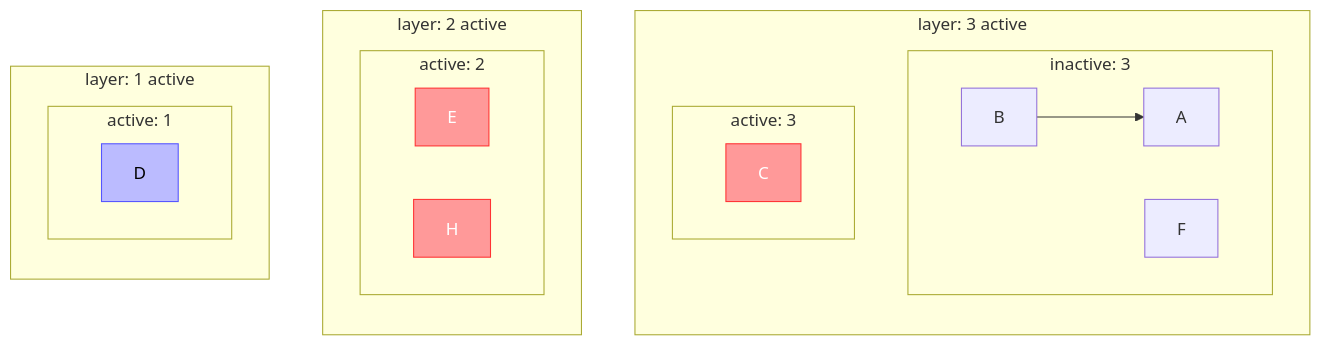
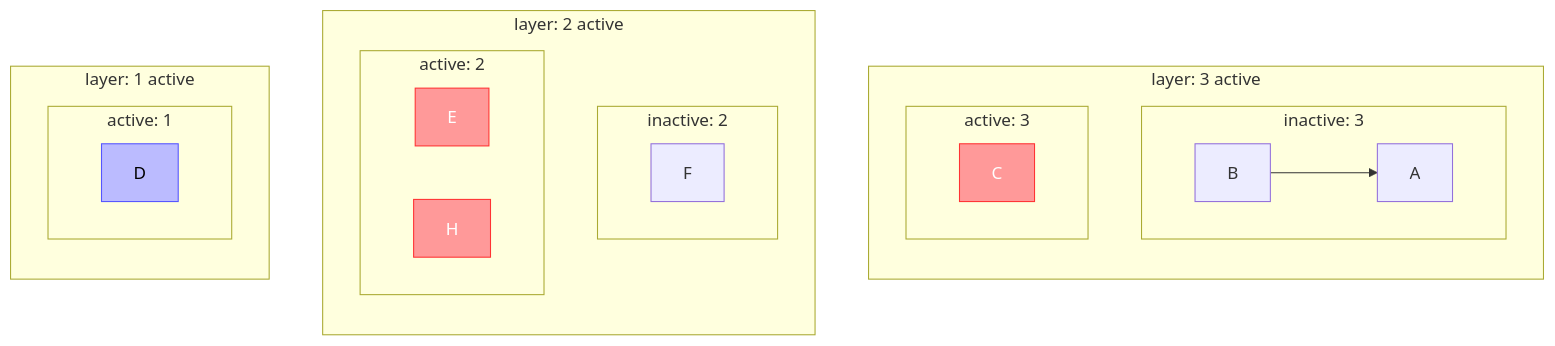
Diagram 19 of 19 in src/core/components/orchestration/docs/tier-graph-example.md (Frank-Steven/HoundWhiteboard), drawn with Mermaid before and after one commit. The commit also changed other lines of this file and 13 other files, not shown here.

Commit message:
fix(aom): 修复对象被应用到静态图后层丢失的问题

````diff
--- a/src/core/components/orchestration/docs/tier-graph-example.md
+++ b/src/core/components/orchestration/docs/tier-graph-example.md
@@ -447,33 +457,35 @@
 ```mermaid
 graph BT
   B --> A
 
   style C fill:#ff9999,stroke:#ff3333,color:#fff
   style E fill:#ff9999,stroke:#ff3333,color:#fff
   style H fill:#ff9999,stroke:#ff3333,color:#fff
   style D fill:#bbbbff,stroke:#5555ff,color:#000
 
   subgraph "layer: 3 active"
     subgraph "inactive: 3"
       B
       A
-      F
     end
     subgraph "active: 3"
       C
     end
   end
 
   subgraph "layer: 2 active"
+    subgraph "inactive: 2"
+      F
+    end
     subgraph "active: 2"
       H
       E
     end
   end
 
   subgraph "layer: 1 active"
     subgraph "active: 1"
       D
     end
   end
 ```
````
